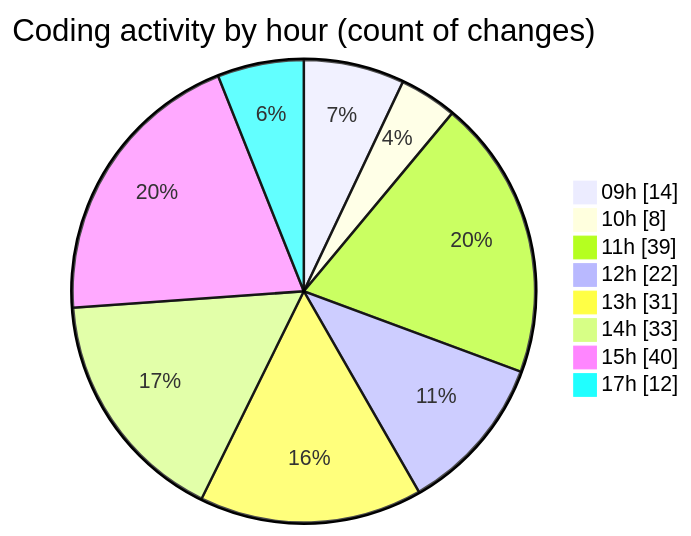
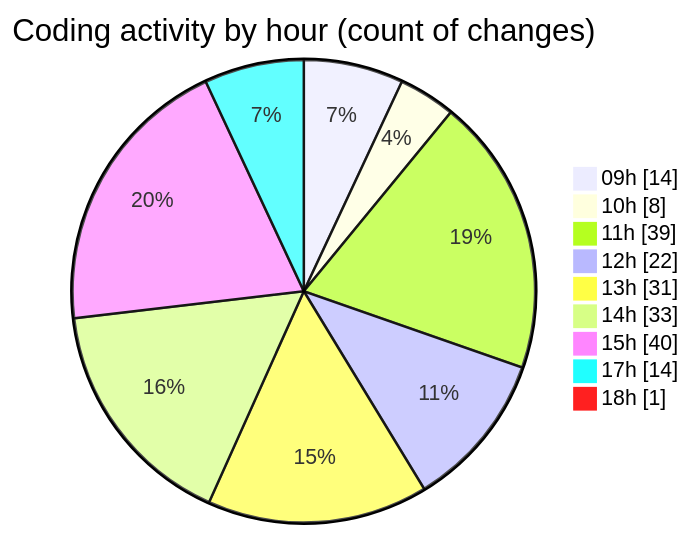
One commit to momahboobian/code-tracking changed the second of 2 diagrams in 2025-02-07/cda/README.md. Above: the diagram before and after it, drawn with Mermaid. The commit also changed other lines of this file and 1 other file, not shown here.

````diff
--- a/2025-02-07/cda/README.md
+++ b/2025-02-07/cda/README.md
@@ -70,12 +70,13 @@
 ```mermaid
 pie showData
 title Coding activity by hour (count of changes)
 "09h" : 14
 "10h" : 8
 "11h" : 39
 "12h" : 22
 "13h" : 31
 "14h" : 33
 "15h" : 40
-"17h" : 12
+"17h" : 14
+"18h" : 1
 ```
````
